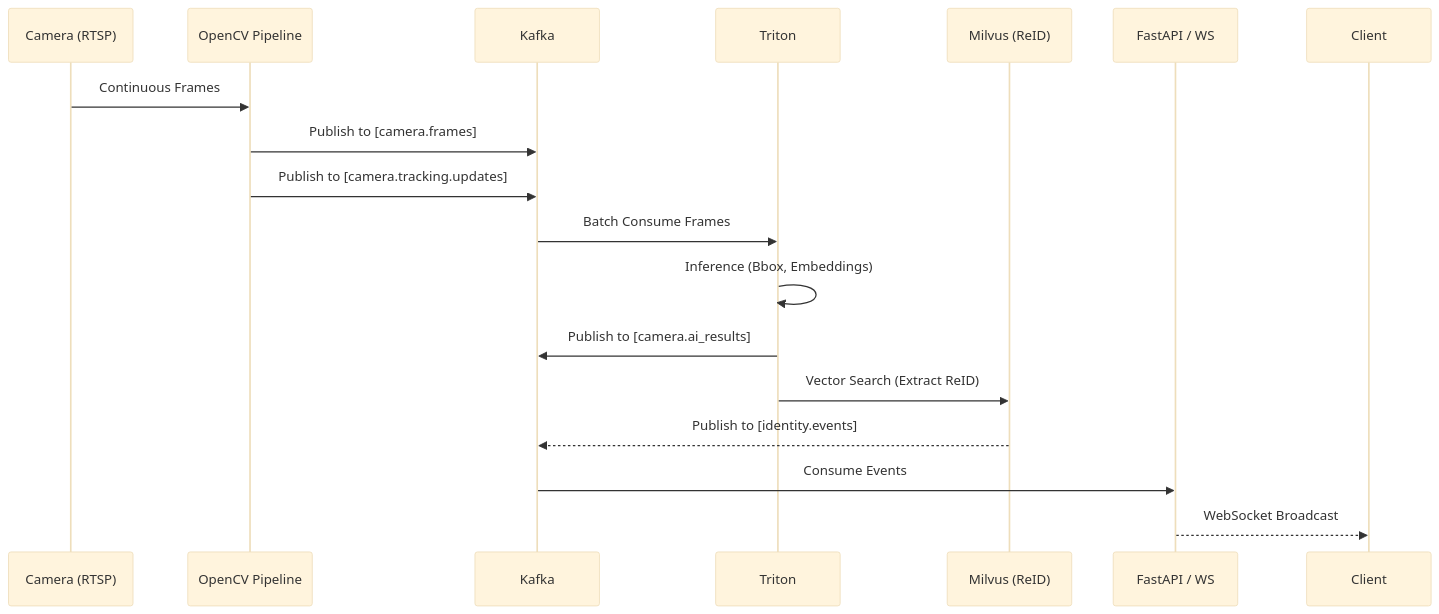
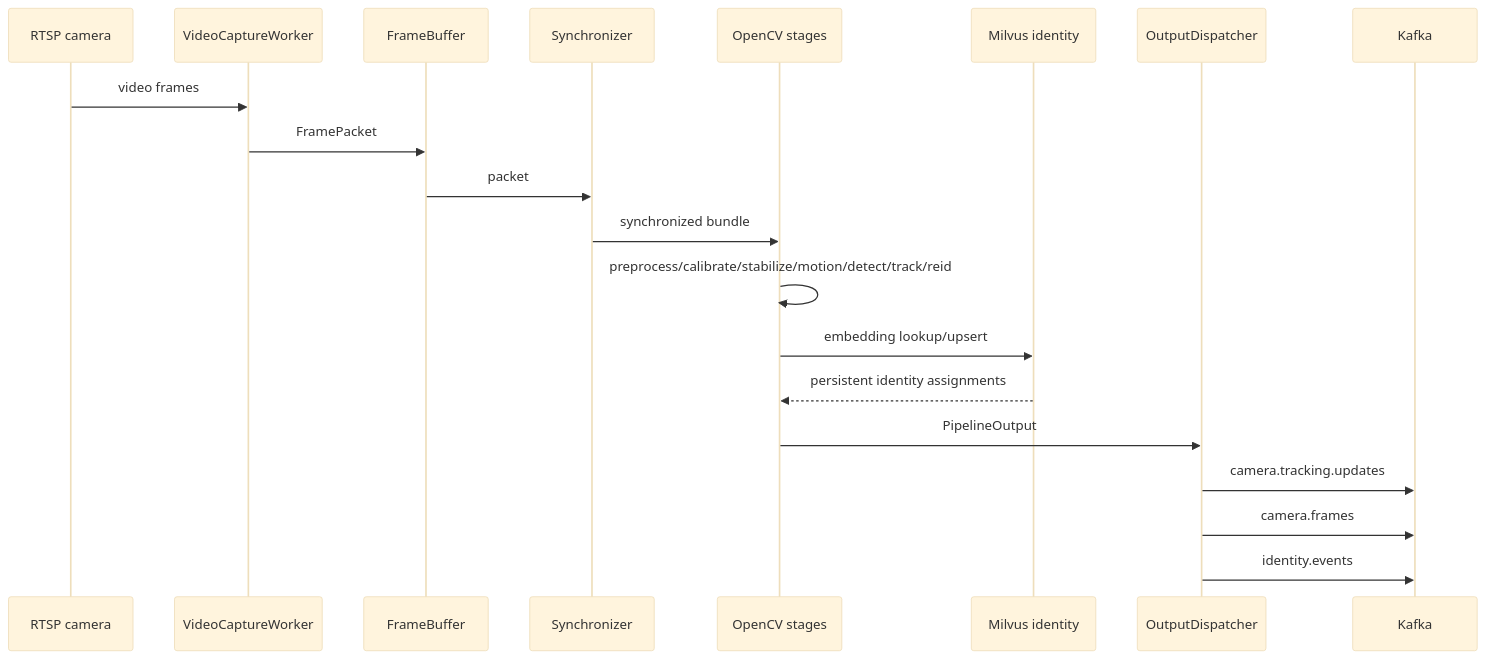
Before and after one commit to Premaramkarthik/Ai-Intelligence-Theft-Detection: the fifth of 7 diagrams in backend/README.md, drawn with Mermaid (base theme). The commit also changed other lines of this file, not shown here.

````diff
--- a/backend/README.md
+++ b/backend/README.md
@@ -94,20 +518,23 @@
 ```mermaid
 sequenceDiagram
-    participant Cam as Camera (RTSP)
-    participant OP as OpenCV Pipeline
+    participant Cam as RTSP camera
+    participant W as VideoCaptureWorker
+    participant B as FrameBuffer
+    participant S as Synchronizer
+    participant P as OpenCV stages
+    participant MI as Milvus identity
+    participant O as OutputDispatcher
     participant K as Kafka
-    participant T as Triton
-    participant M as Milvus (ReID)
-    participant API as FastAPI / WS
-    
-    Cam->>OP: Continuous Frames
-    OP->>K: Publish to [camera.frames]
-    OP->>K: Publish to [camera.tracking.updates]
-    K->>T: Batch Consume Frames
-    T->>T: Inference (Bbox, Embeddings)
-    T->>K: Publish to [camera.ai_results]
-    T->>M: Vector Search (Extract ReID)
-    M-->>K: Publish to [identity.events]
-    K->>API: Consume Events
-    API-->>Client: WebSocket Broadcast
+
+    Cam->>W: video frames
+    W->>B: FramePacket
+    B->>S: packet
+    S->>P: synchronized bundle
+    P->>P: preprocess/calibrate/stabilize/motion/detect/track/reid
+    P->>MI: embedding lookup/upsert
+    MI-->>P: persistent identity assignments
+    P->>O: PipelineOutput
+    O->>K: camera.tracking.updates
+    O->>K: camera.frames
+    O->>K: identity.events
 ```
````
